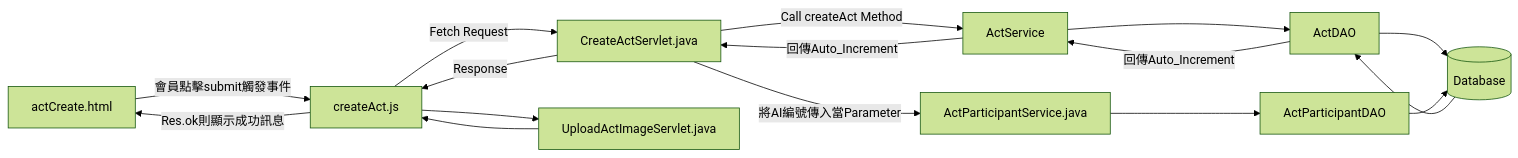
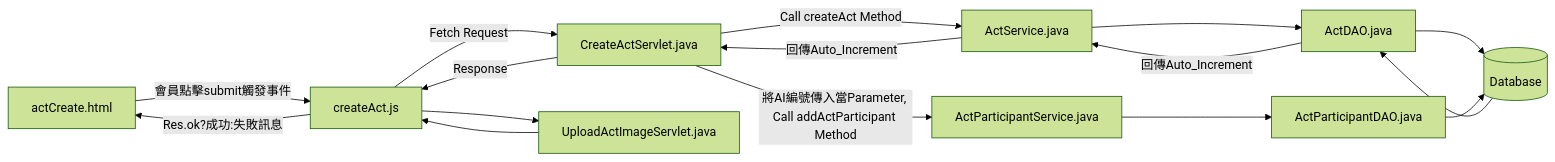
One commit to TLexYuW/CGA103G1OwnPart changed the second of 11 diagrams in README.md. Above: the diagram before and after it, drawn with Mermaid (forest theme).

Commit message:
LexVaultBackup: 2022-09-11 22:33:52
Affected files:
README.md

````diff
--- a/README.md
+++ b/README.md
@@ -62,10 +62,12 @@
 ```mermaid
 flowchart LR
-	aC[actCreate.html] -->|會員點擊submit觸發事件| cA[createAct.js] -->|Fetch Request| CAS[CreateActServlet.java] -->|Call createAct Method| AS[ActService] --> AD[ActDAO] --> DB[(Database)]
-	DB --> AD -->|回傳Auto_Increment| AS -->|回傳Auto_Increment| CAS -->|Response| cA -->|Res.ok則顯示成功訊息| aC
+	aC[actCreate.html] -->|會員點擊submit觸發事件| cA[createAct.js] -->|Fetch Request| CAS[CreateActServlet.java] 
+	-->|Call createAct Method| AS[ActService.java] --> AD[ActDAO.java] --> DB[(Database)]
+	DB --> AD -->|回傳Auto_Increment| AS -->|回傳Auto_Increment| CAS -->|Response| cA -->|Res.ok?成功:失敗訊息| aC
 	
-	CAS -->|將AI編號傳入當Parameter| APS[ActParticipantService.java] --> APDAO[ActParticipantDAO] --> DB[(Database)]
+	CAS -->|將AI編號傳入當Parameter, Call addActParticipant Method| APS[ActParticipantService.java] 
+	--> APDAO[ActParticipantDAO.java] --> DB[(Database)]
 	
 	cA --> UAIS[UploadActImageServlet.java]
 	UAIS --> cA
 ```
````
